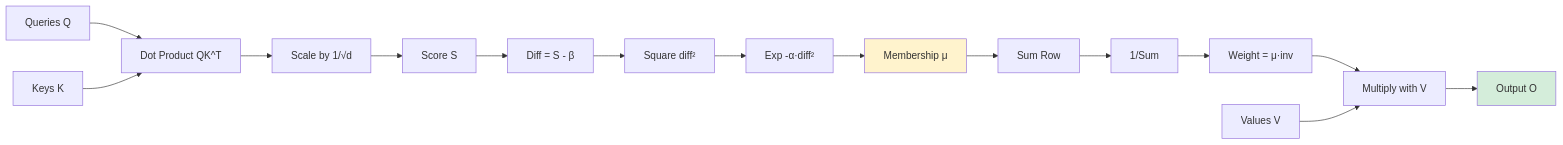
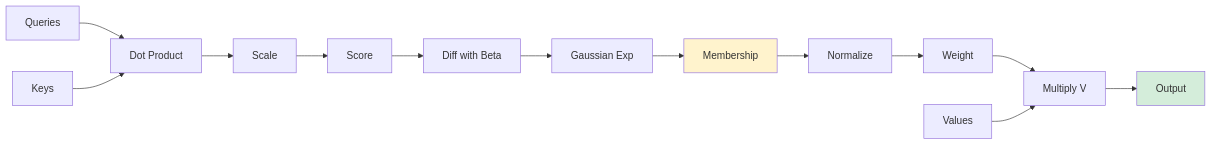
The third of 5 diagrams in docs/architecture.md (ruskaruma/fuzzformer), drawn with Mermaid before and after one commit. The commit also changed other lines of this file and 1 other file, not shown here.

Commit message:
docs: simplify README and fix architecture diagrams

````diff
--- a/docs/architecture.md
+++ b/docs/architecture.md
@@ -148,20 +60,18 @@
 ```mermaid
 graph LR
-    Q[Queries Q] --> Dot[Dot Product QK^T]
-    K[Keys K] --> Dot
-    Dot --> Scale[Scale by 1/√d]
-    Scale --> Score[Score S]
-    Score --> Diff[Diff = S - β]
-    Diff --> Square[Square diff²]
-    Square --> Exp[Exp -α·diff²]
-    Exp --> Mu[Membership μ]
-    Mu --> Sum[Sum Row]
-    Sum --> Inv[1/Sum]
-    Inv --> Weight[Weight = μ·inv]
-    Weight --> Mul[Multiply with V]
-    V[Values V] --> Mul
-    Mul --> Out[Output O]
+    Q[Queries] --> Dot[Dot Product]
+    K[Keys] --> Dot
+    Dot --> Scale[Scale]
+    Scale --> Score[Score]
+    Score --> Diff[Diff with Beta]
+    Diff --> Exp[Gaussian Exp]
+    Exp --> Mu[Membership]
+    Mu --> Norm[Normalize]
+    Norm --> Weight[Weight]
+    Weight --> Mul[Multiply V]
+    V[Values] --> Mul
+    Mul --> Out[Output]
     
     style Mu fill:#fff3cd
     style Out fill:#d4edda
 ```
````
